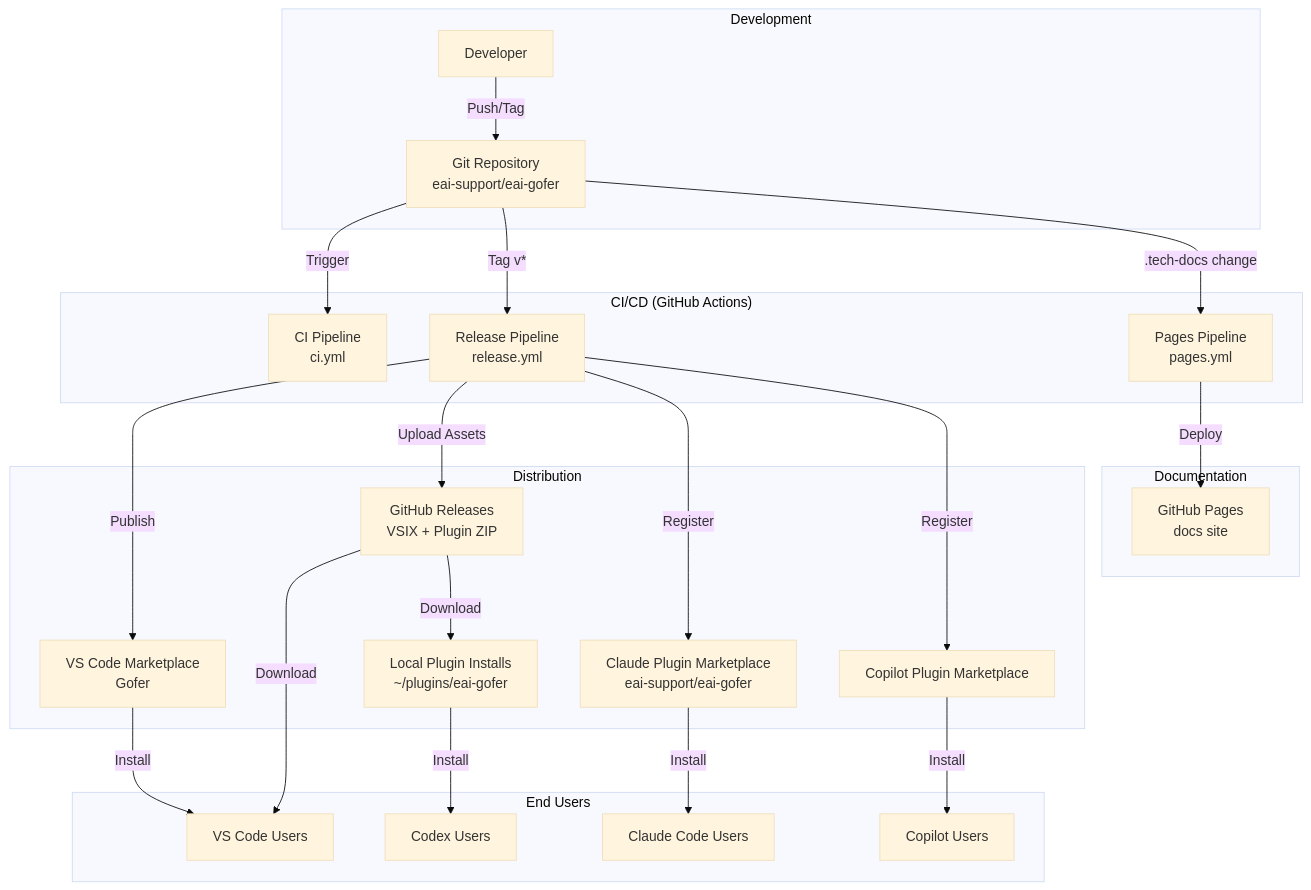
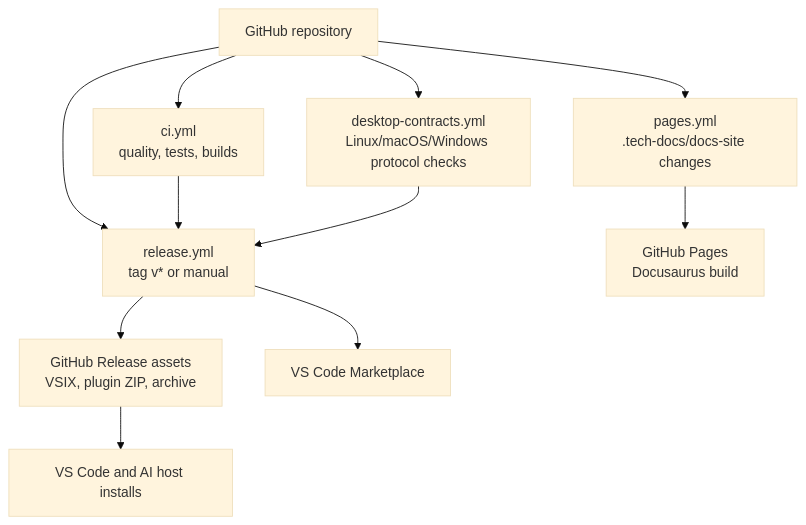
One commit to eai-support/eai-gofer changed the diagram in .tech-docs/deployment.md. Above: the diagram before and after it, drawn with Mermaid (base theme). The commit also changed other lines of this file and 12 other files, not shown here.

````diff
--- a/.tech-docs/deployment.md
+++ b/.tech-docs/deployment.md
@@ -24,51 +10,21 @@
 ```mermaid
 flowchart TB
-    subgraph "Development"
-        Dev["Developer"]
-        Git["Git Repository<br/>eai-support/eai-gofer"]
-    end
-
-    subgraph "CI/CD (GitHub Actions)"
-        CI["CI Pipeline<br/>ci.yml"]
-        Release["Release Pipeline<br/>release.yml"]
-        Pages["Pages Pipeline<br/>pages.yml"]
-    end
-
-    subgraph "Distribution"
-        VSCodeMarketplace["VS Code Marketplace<br/>Gofer"]
-        GitHubReleases["GitHub Releases<br/>VSIX + Plugin ZIP"]
-        ClaudeMarket["Claude Plugin Marketplace<br/>eai-support/eai-gofer"]
-        CopilotMarket["Copilot Plugin Marketplace"]
-        LocalPlugins["Local Plugin Installs<br/>~/plugins/eai-gofer"]
-    end
-
-    subgraph "Documentation"
-        GHPages["GitHub Pages<br/>docs site"]
-    end
-
-    subgraph "End Users"
-        VSCode["VS Code Users"]
-        Claude["Claude Code Users"]
-        Copilot["Copilot Users"]
-        Codex["Codex Users"]
-    end
-
-    Dev -->|Push/Tag| Git
-    Git -->|Trigger| CI
-    Git -->|Tag v*| Release
-    Git -->|.tech-docs change| Pages
-
-    Release -->|Publish| VSCodeMarketplace
-    Release -->|Upload Assets| GitHubReleases
-    Release -->|Register| ClaudeMarket
-    Release -->|Register| CopilotMarket
-
-    Pages -->|Deploy| GHPages
-
-    VSCodeMarketplace -->|Install| VSCode
-    GitHubReleases -->|Download| VSCode
-    ClaudeMarket -->|Install| Claude
-    CopilotMarket -->|Install| Copilot
-    GitHubReleases -->|Download| LocalPlugins
-    LocalPlugins -->|Install| Codex
+    Git["GitHub repository"]
+    CI["ci.yml<br/>quality, tests, builds"]
+    Desktop["desktop-contracts.yml<br/>Linux/macOS/Windows protocol checks"]
+    Release["release.yml<br/>tag v* or manual"]
+    Pages["pages.yml<br/>.tech-docs/docs-site changes"]
+    Assets["GitHub Release assets<br/>VSIX, plugin ZIP, archive"]
+    Marketplace["VS Code Marketplace"]
+    Site["GitHub Pages<br/>Docusaurus build"]
+    Hosts["VS Code and AI host installs"]
+    Git --> CI
+    Git --> Desktop
+    Git --> Release
+    Git --> Pages
+    CI --> Release
+    Desktop --> Release
+    Release --> Assets --> Hosts
+    Release --> Marketplace
+    Pages --> Site
 ```
````
